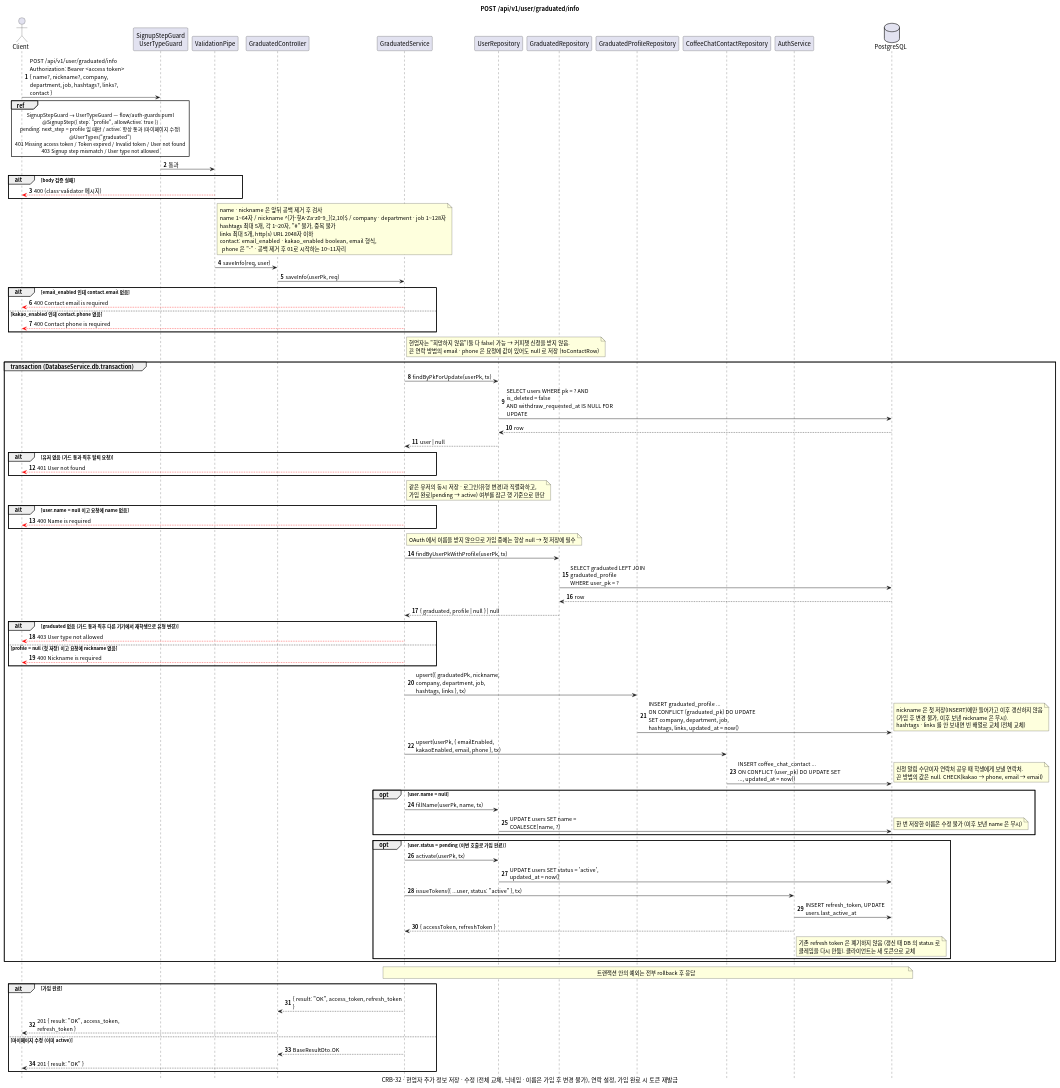
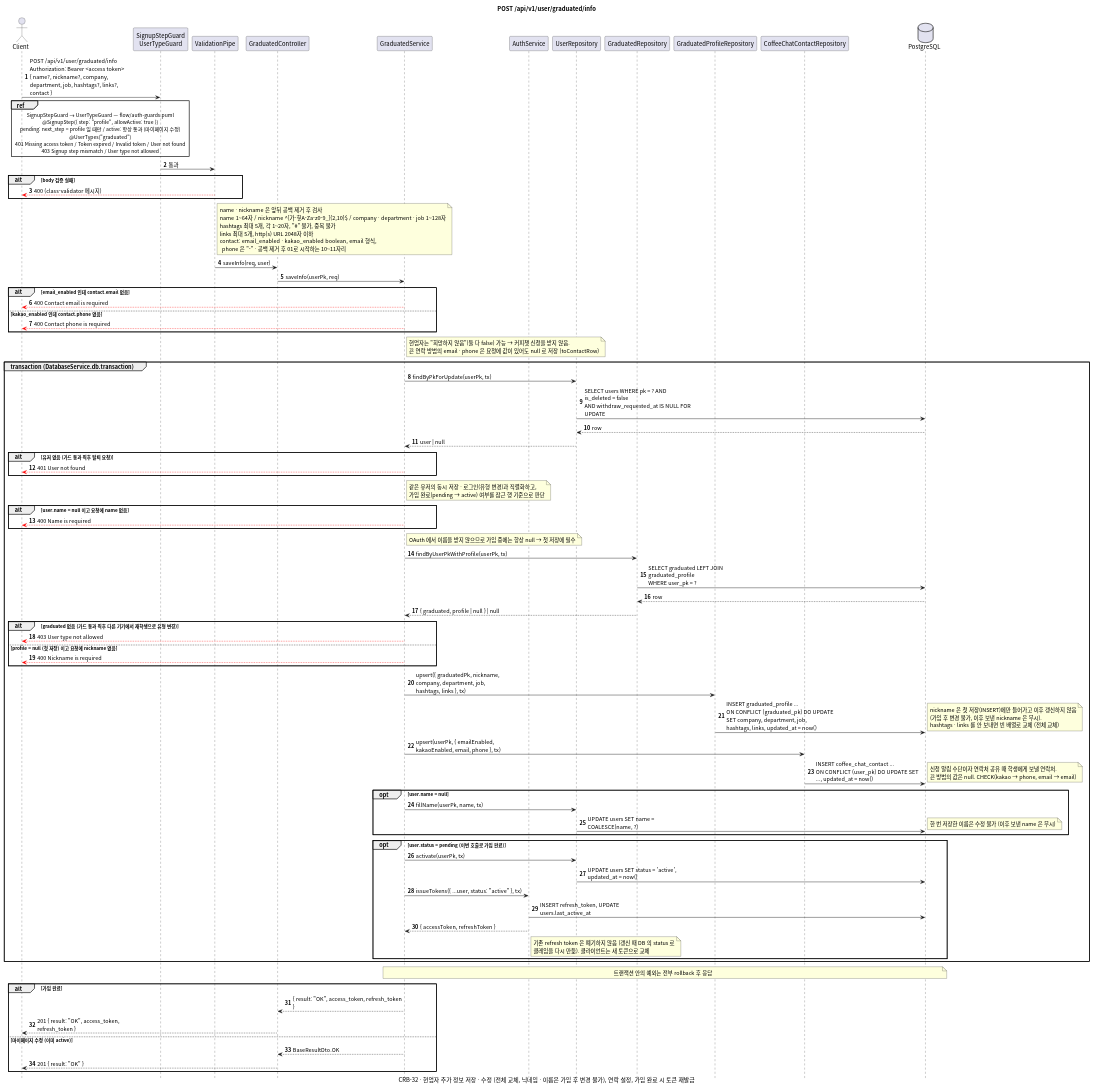
The diagram in docs/sequence/graduated/post-info.puml (gsainfoteam/cheers-be), drawn with PlantUML before and after one commit. The commit also changed 28 other files, not shown here.

Commit message:
- docs: align sequence diagrams with code (CRB-63)

```diff
--- a/docs/sequence/graduated/post-info.puml
+++ b/docs/sequence/graduated/post-info.puml
@@ -1,127 +1,127 @@
-@startuml post-info
+@startuml post-graduated-info
 skinparam defaultFontName "Apple SD Gothic Neo", "Noto Sans CJK KR", sans-serif
 skinparam responseMessageBelowArrow true
 skinparam sequenceMessageAlign left
 skinparam maxMessageSize 260
 skinparam BoxPadding 8
 skinparam shadowing false
 autonumber
 hide footbox
 
 title POST /api/v1/user/graduated/info
 caption CRB-32 · 현업자 추가 정보 저장 · 수정 (전체 교체, 닉네임 · 이름은 가입 후 변경 불가), 연락 설정, 가입 완료 시 토큰 재발급
 
 actor Client
 participant "SignupStepGuard\nUserTypeGuard" as Guard
 participant "ValidationPipe" as Pipe
 participant "GraduatedController" as Controller
 participant "GraduatedService" as Service
+participant "AuthService" as AuthService
 participant "UserRepository" as UserRepository
 participant "GraduatedRepository" as GraduatedRepository
 participant "GraduatedProfileRepository" as ProfileRepository
 participant "CoffeeChatContactRepository" as ContactRepository
-participant "AuthService" as AuthService
 database PostgreSQL
 
 Client -> Guard: POST /api/v1/user/graduated/info\nAuthorization: Bearer <access token>\n{ name?, nickname?, company, department, job, hashtags?, links?, contact }
 ref over Client, Guard
   SignupStepGuard → UserTypeGuard — flow/auth-guards.puml
   @SignupStep({ step: "profile", allowActive: true })
   pending: next_step = profile 일 때만 / active: 항상 통과 (마이페이지 수정)
   @UserTypes("graduated")
   401 Missing access token / Token expired / Invalid token / User not found
   403 Signup step mismatch / User type not allowed
 end ref
 Guard -> Pipe: 통과
 alt body 검증 실패
   Pipe -[#red]-> Client: 400 (class-validator 메시지)
 end
 note right of Pipe
   name · nickname 은 앞뒤 공백 제거 후 검사
   name 1~64자 / nickname ^[가-힣A-Za-z0-9_]{2,10}$ / company · department · job 1~128자
   hashtags 최대 5개, 각 1~20자, "#" 불가, 중복 불가
   links 최대 5개, http(s) URL 2048자 이하
   contact: email_enabled · kakao_enabled boolean, email 형식,
     phone 은 "-" · 공백 제거 후 01로 시작하는 10~11자리
 end note
 Pipe -> Controller: saveInfo(req, user)
 Controller -> Service: saveInfo(userPk, req)
 
 alt email_enabled 인데 contact.email 없음
   Service -[#red]-> Client: 400 Contact email is required
 else kakao_enabled 인데 contact.phone 없음
   Service -[#red]-> Client: 400 Contact phone is required
 end
 note right of Service
   현업자는 "희망하지 않음"(둘 다 false) 가능 → 커피챗 신청을 받지 않음.
   끈 연락 방법의 email · phone 은 요청에 값이 있어도 null 로 저장 (toContactRow)
 end note
 
 group transaction (DatabaseService.db.transaction)
   Service -> UserRepository: findByPkForUpdate(userPk, tx)
   UserRepository -> PostgreSQL: SELECT users WHERE pk = ? AND is_deleted = false\nAND withdraw_requested_at IS NULL FOR UPDATE
   PostgreSQL --> UserRepository: row
   UserRepository --> Service: user | null
   alt 유저 없음 (가드 통과 직후 탈퇴 요청)
     Service -[#red]-> Client: 401 User not found
   end
   note right of Service
     같은 유저의 동시 저장 · 로그인(유형 변경)과 직렬화하고,
     가입 완료(pending → active) 여부를 잠근 행 기준으로 판단
   end note
   alt user.name = null 이고 요청에 name 없음
     Service -[#red]-> Client: 400 Name is required
   end
   note right of Service: OAuth 에서 이름을 받지 않으므로 가입 중에는 항상 null → 첫 저장에 필수
 
   Service -> GraduatedRepository: findByUserPkWithProfile(userPk, tx)
   GraduatedRepository -> PostgreSQL: SELECT graduated LEFT JOIN graduated_profile\nWHERE user_pk = ?
   PostgreSQL --> GraduatedRepository: row
   GraduatedRepository --> Service: { graduated, profile | null } | null
   alt graduated 없음 (가드 통과 직후 다른 기기에서 재학생으로 유형 변경)
     Service -[#red]-> Client: 403 User type not allowed
   else profile = null (첫 저장) 이고 요청에 nickname 없음
     Service -[#red]-> Client: 400 Nickname is required
   end
 
   Service -> ProfileRepository: upsert({ graduatedPk, nickname, company, department, job,\nhashtags, links }, tx)
   ProfileRepository -> PostgreSQL: INSERT graduated_profile ...\nON CONFLICT (graduated_pk) DO UPDATE SET company, department, job,\nhashtags, links, updated_at = now()
   note right
     nickname 은 첫 저장(INSERT)에만 들어가고 이후 갱신하지 않음
     (가입 후 변경 불가, 이후 보낸 nickname 은 무시).
     hashtags · links 를 안 보내면 빈 배열로 교체 (전체 교체)
   end note
 
   Service -> ContactRepository: upsert(userPk, { emailEnabled, kakaoEnabled, email, phone }, tx)
   ContactRepository -> PostgreSQL: INSERT coffee_chat_contact ...\nON CONFLICT (user_pk) DO UPDATE SET ..., updated_at = now()
   note right: 신청 알림 수단이자 연락처 공유 때 학생에게 보낼 연락처.\n끈 방법의 값은 null. CHECK(kakao → phone, email → email)
 
   opt user.name = null
     Service -> UserRepository: fillName(userPk, name, tx)
     UserRepository -> PostgreSQL: UPDATE users SET name = COALESCE(name, ?)
     note right: 한 번 저장한 이름은 수정 불가 (이후 보낸 name 은 무시)
   end
 
   opt user.status = pending (이번 호출로 가입 완료)
     Service -> UserRepository: activate(userPk, tx)
     UserRepository -> PostgreSQL: UPDATE users SET status = 'active', updated_at = now()
     Service -> AuthService: issueTokens({ ...user, status: "active" }, tx)
     AuthService -> PostgreSQL: INSERT refresh_token, UPDATE users.last_active_at
     AuthService --> Service: { accessToken, refreshToken }
     note right of AuthService
       기존 refresh token 은 폐기하지 않음 (갱신 때 DB 의 status 로
       클레임을 다시 만듦). 클라이언트는 새 토큰으로 교체
     end note
   end
 end
 note over Service, PostgreSQL: 트랜잭션 안의 예외는 전부 rollback 후 응답
 
 alt 가입 완료
   Service --> Controller: { result: "OK", access_token, refresh_token }
   Controller --> Client: 201 { result: "OK", access_token, refresh_token }
 else 마이페이지 수정 (이미 active)
   Service --> Controller: BaseResultDto.OK
   Controller --> Client: 201 { result: "OK" }
 end
 
 @enduml
```
